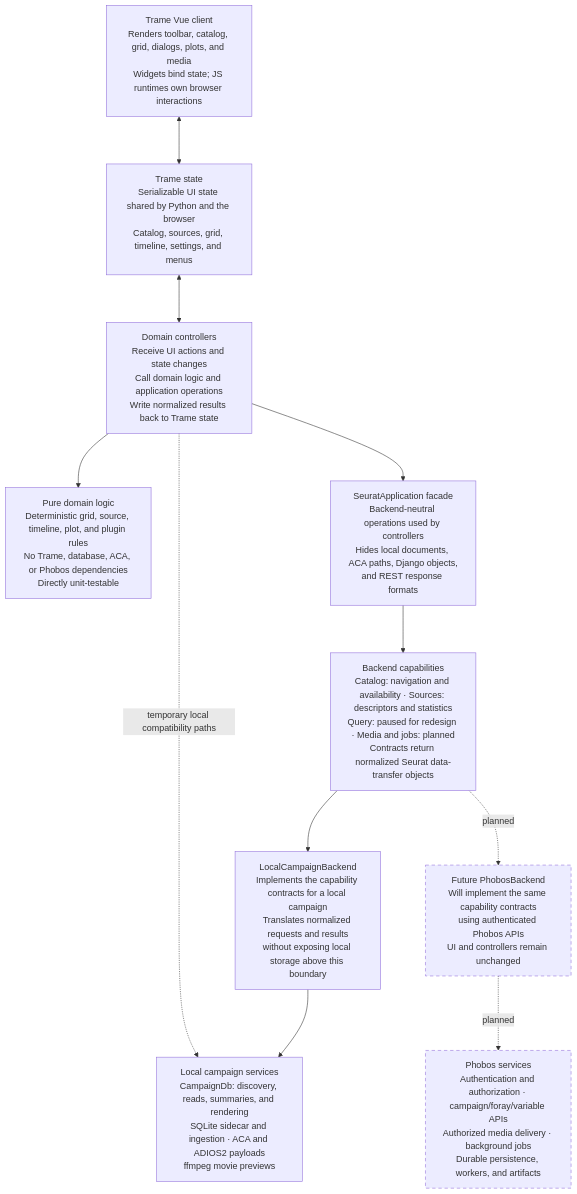
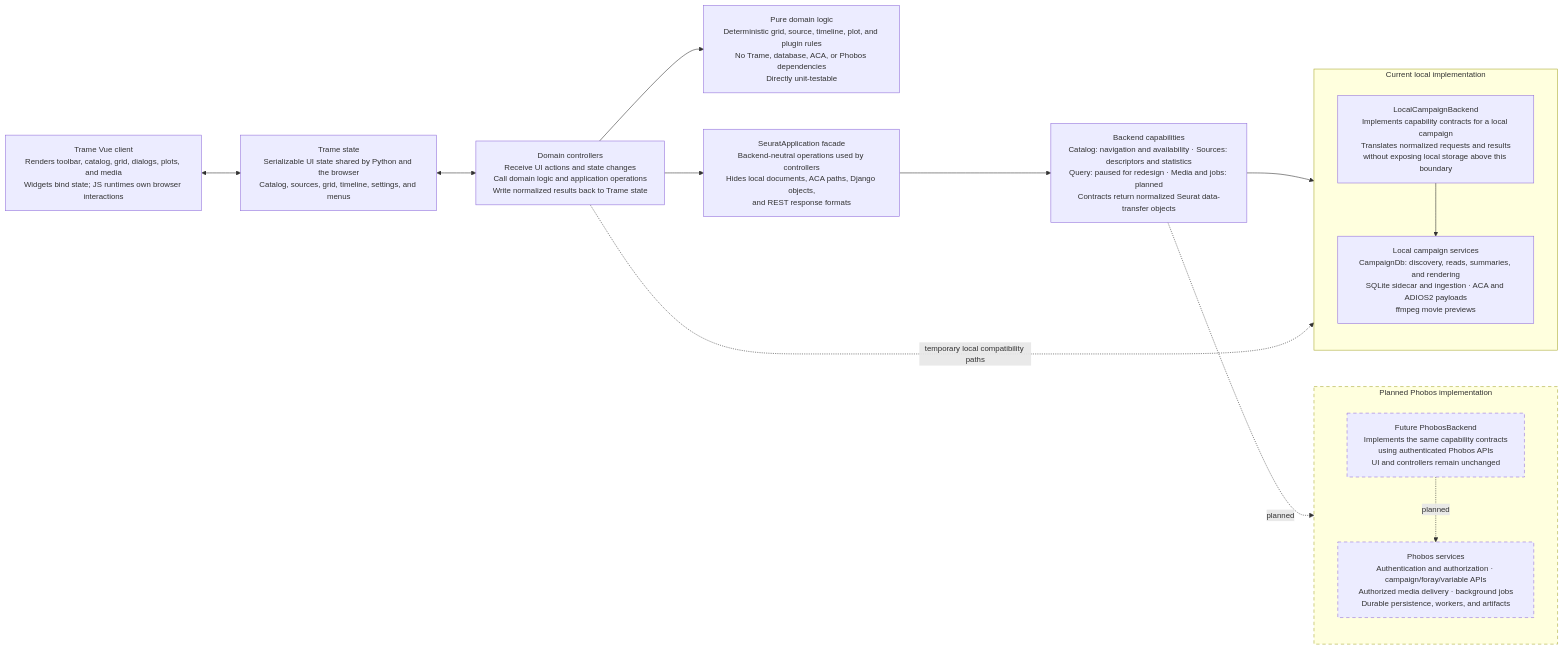
The diagram in ARCHITECTURE.md (dpugmire/seurat), drawn with Mermaid before and after one commit.

Commit message:
Widen architecture diagram layout

````diff
--- a/ARCHITECTURE.md
+++ b/ARCHITECTURE.md
@@ -7,34 +7,37 @@
 ```mermaid
-%%{init: {"flowchart": {"nodeSpacing": 80, "rankSpacing": 85, "curve": "basis"}, "themeVariables": {"fontSize": "16px"}}}%%
-flowchart TB
+%%{init: {"flowchart": {"nodeSpacing": 65, "rankSpacing": 70, "curve": "basis", "wrappingWidth": 290}, "themeVariables": {"fontSize": "14px"}}}%%
+flowchart LR
   Client["Trame Vue client<br/>Renders toolbar, catalog, grid, dialogs, plots, and media<br/>Widgets bind state; JS runtimes own browser interactions"]
   State["Trame state<br/>Serializable UI state shared by Python and the browser<br/>Catalog, sources, grid, timeline, settings, and menus"]
   Controllers["Domain controllers<br/>Receive UI actions and state changes<br/>Call domain logic and application operations<br/>Write normalized results back to Trame state"]
-
   Models["Pure domain logic<br/>Deterministic grid, source, timeline, plot, and plugin rules<br/>No Trame, database, ACA, or Phobos dependencies<br/>Directly unit-testable"]
   Facade["SeuratApplication facade<br/>Backend-neutral operations used by controllers<br/>Hides local documents, ACA paths, Django objects,<br/>and REST response formats"]
-
   Capabilities["Backend capabilities<br/>Catalog: navigation and availability · Sources: descriptors and statistics<br/>Query: paused for redesign · Media and jobs: planned<br/>Contracts return normalized Seurat data-transfer objects"]
 
-  LocalBackend["LocalCampaignBackend<br/>Implements the capability contracts for a local campaign<br/>Translates normalized requests and results<br/>without exposing local storage above this boundary"]
-  PhobosBackend["Future PhobosBackend<br/>Will implement the same capability contracts<br/>using authenticated Phobos APIs<br/>UI and controllers remain unchanged"]
+  subgraph LOCAL_BRANCH["Current local implementation"]
+    direction TB
+    LocalBackend["LocalCampaignBackend<br/>Implements capability contracts for a local campaign<br/>Translates normalized requests and results<br/>without exposing local storage above this boundary"]
+    LocalServices["Local campaign services<br/>CampaignDb: discovery, reads, summaries, and rendering<br/>SQLite sidecar and ingestion · ACA and ADIOS2 payloads<br/>ffmpeg movie previews"]
+    LocalBackend --> LocalServices
+  end
 
-  LocalServices["Local campaign services<br/>CampaignDb: discovery, reads, summaries, and rendering<br/>SQLite sidecar and ingestion · ACA and ADIOS2 payloads<br/>ffmpeg movie previews"]
-  PhobosServices["Phobos services<br/>Authentication and authorization · campaign/foray/variable APIs<br/>Authorized media delivery · background jobs<br/>Durable persistence, workers, and artifacts"]
+  subgraph PHOBOS_BRANCH["Planned Phobos implementation"]
+    direction TB
+    PhobosBackend["Future PhobosBackend<br/>Implements the same capability contracts<br/>using authenticated Phobos APIs<br/>UI and controllers remain unchanged"]
+    PhobosServices["Phobos services<br/>Authentication and authorization · campaign/foray/variable APIs<br/>Authorized media delivery · background jobs<br/>Durable persistence, workers, and artifacts"]
+    PhobosBackend -. planned .-> PhobosServices
+  end
 
   Client <--> State
   State <--> Controllers
   Controllers --> Models
   Controllers --> Facade
   Facade --> Capabilities
-
-  Capabilities --> LocalBackend
-  Capabilities -. planned .-> PhobosBackend
-  LocalBackend --> LocalServices
-  PhobosBackend -. planned .-> PhobosServices
-
-  Controllers -. "temporary local compatibility paths" .-> LocalServices
+  Capabilities --> LOCAL_BRANCH
+  Capabilities -. planned .-> PHOBOS_BRANCH
+  Controllers -. "temporary local compatibility paths" .-> LOCAL_BRANCH
 
   classDef planned stroke-dasharray: 6 5
   class PhobosBackend,PhobosServices planned
+  style PHOBOS_BRANCH stroke-dasharray: 6 5
 ```
````
